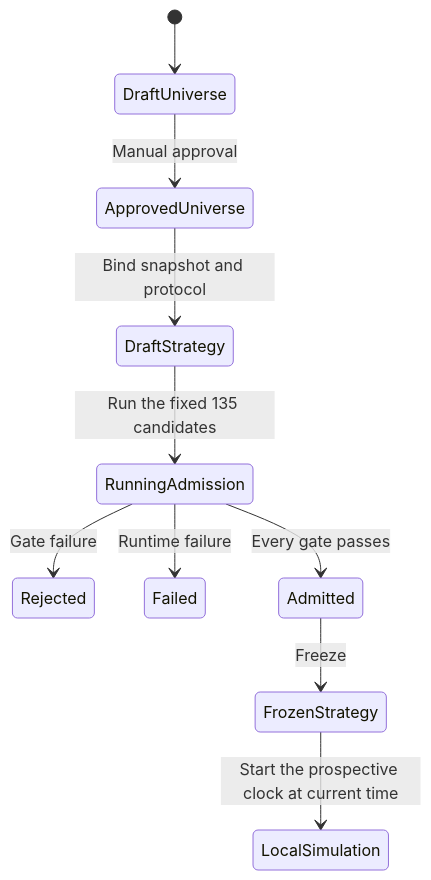
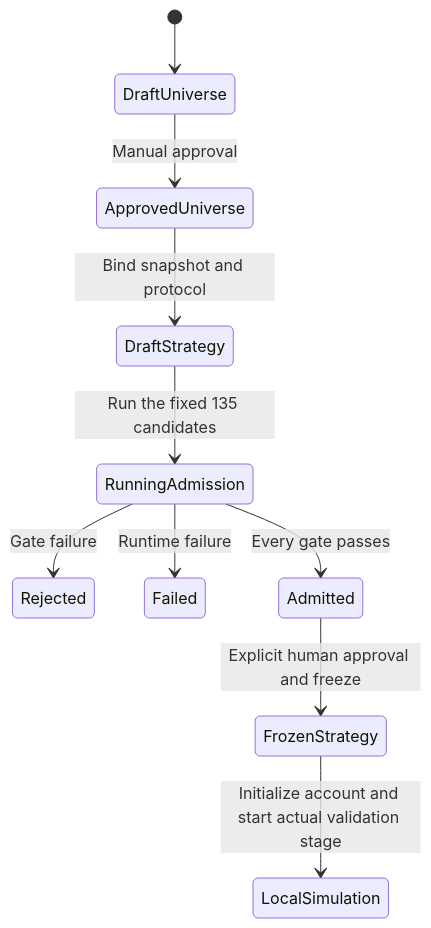
One commit to AydanLi/quant_investment changed the second of 3 diagrams in quant_system_architecture_overview_en.md. Above: the diagram before and after it, drawn with Mermaid. The commit also changed other lines of this file and 83 other files, not shown here.

````diff
--- a/quant_system_architecture_overview_en.md
+++ b/quant_system_architecture_overview_en.md
@@ -268,12 +285,12 @@
 ```mermaid
 stateDiagram-v2
     [*] --> DraftUniverse
     DraftUniverse --> ApprovedUniverse: Manual approval
     ApprovedUniverse --> DraftStrategy: Bind snapshot and protocol
     DraftStrategy --> RunningAdmission: Run the fixed 135 candidates
     RunningAdmission --> Rejected: Gate failure
     RunningAdmission --> Failed: Runtime failure
     RunningAdmission --> Admitted: Every gate passes
-    Admitted --> FrozenStrategy: Freeze
-    FrozenStrategy --> LocalSimulation: Start the prospective clock at current time
+    Admitted --> FrozenStrategy: Explicit human approval and freeze
+    FrozenStrategy --> LocalSimulation: Initialize account and start actual validation stage
 ```
````
